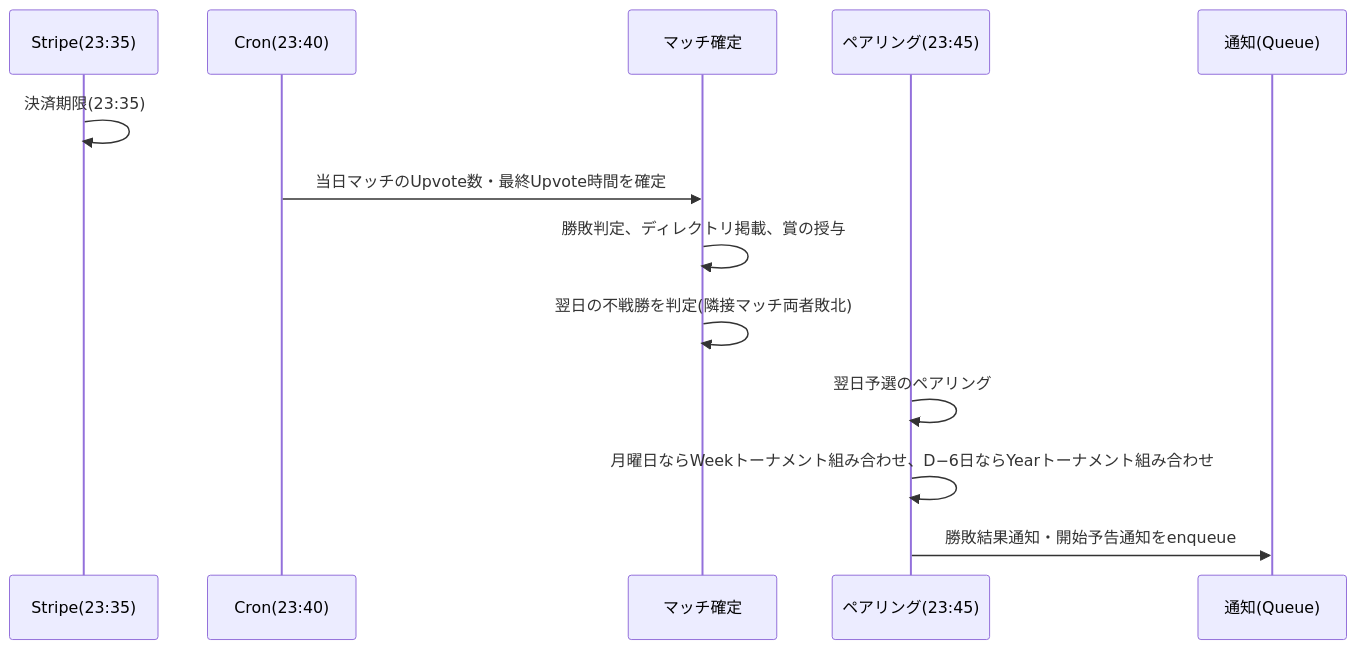
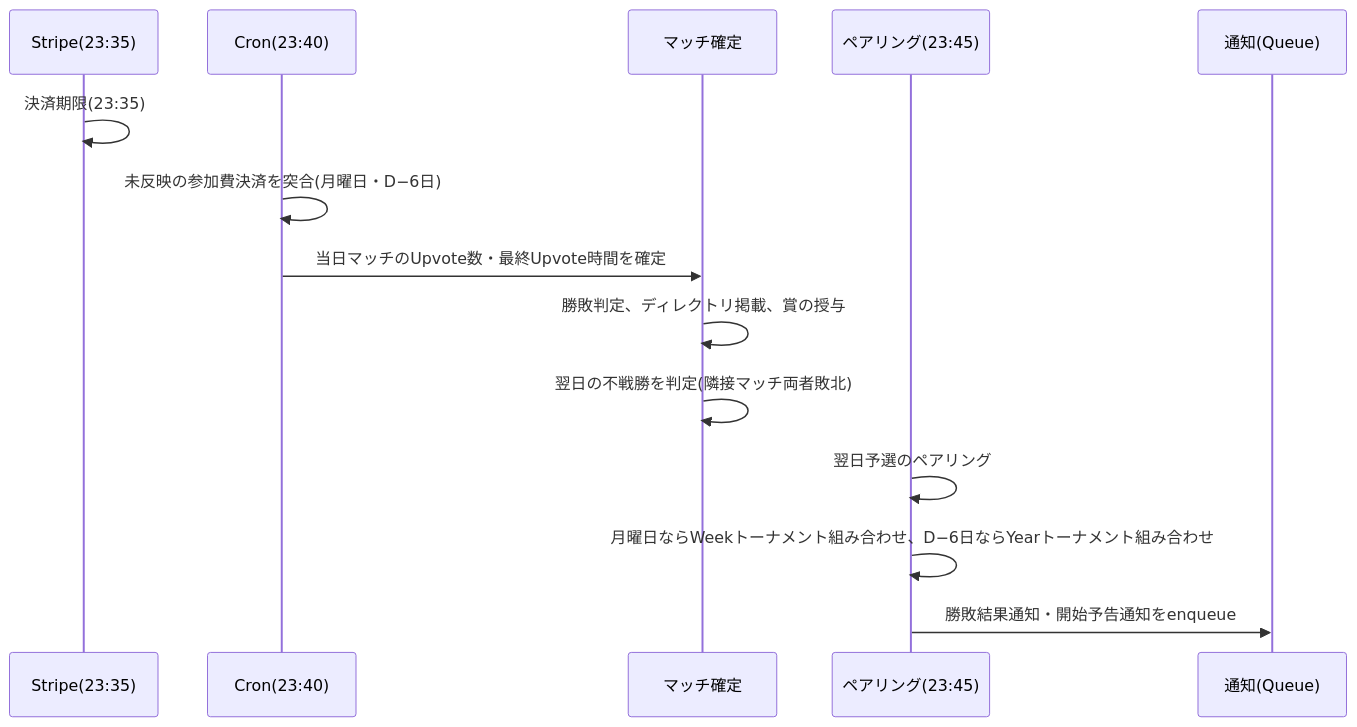
Before and after one commit to kurachiweb/genai-example-2-launch-platform: the diagram in docs/GUIDES/service/overview/007-daily-timeline.md, drawn with Mermaid. The commit also changed other lines of this file and 7 other files, not shown here.

````diff
--- a/docs/GUIDES/service/overview/007-daily-timeline.md
+++ b/docs/GUIDES/service/overview/007-daily-timeline.md
@@ -50,15 +52,16 @@
 ```mermaid
 sequenceDiagram
     participant S as Stripe(23:35)
     participant C as Cron(23:40)
     participant M as マッチ確定
     participant P as ペアリング(23:45)
     participant N as 通知(Queue)
     S->>S: 決済期限(23:35)
+    C->>C: 未反映の参加費決済を突合(月曜日・D−6日)
     C->>M: 当日マッチのUpvote数・最終Upvote時間を確定
     M->>M: 勝敗判定、ディレクトリ掲載、賞の授与
     M->>M: 翌日の不戦勝を判定(隣接マッチ両者敗北)
     P->>P: 翌日予選のペアリング
     P->>P: 月曜日ならWeekトーナメント組み合わせ、D−6日ならYearトーナメント組み合わせ
     P->>N: 勝敗結果通知・開始予告通知をenqueue
 ```
````
